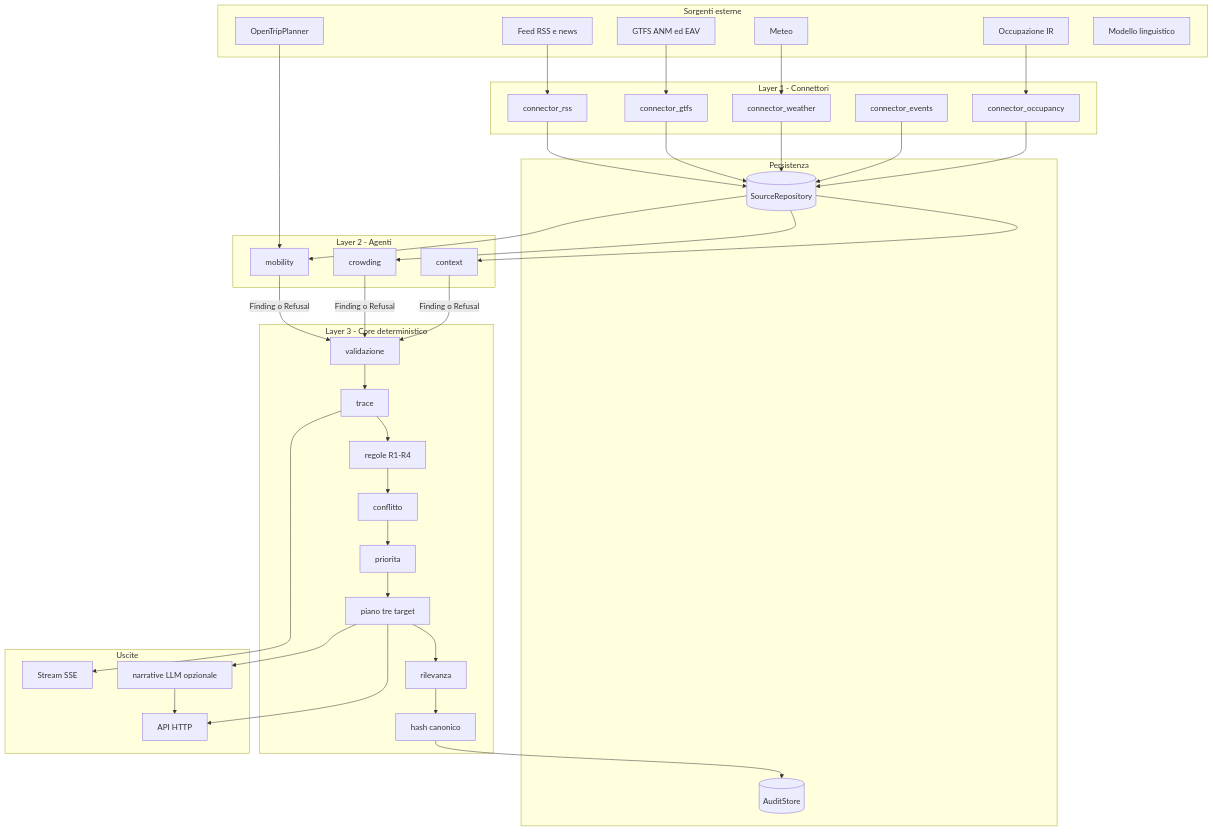
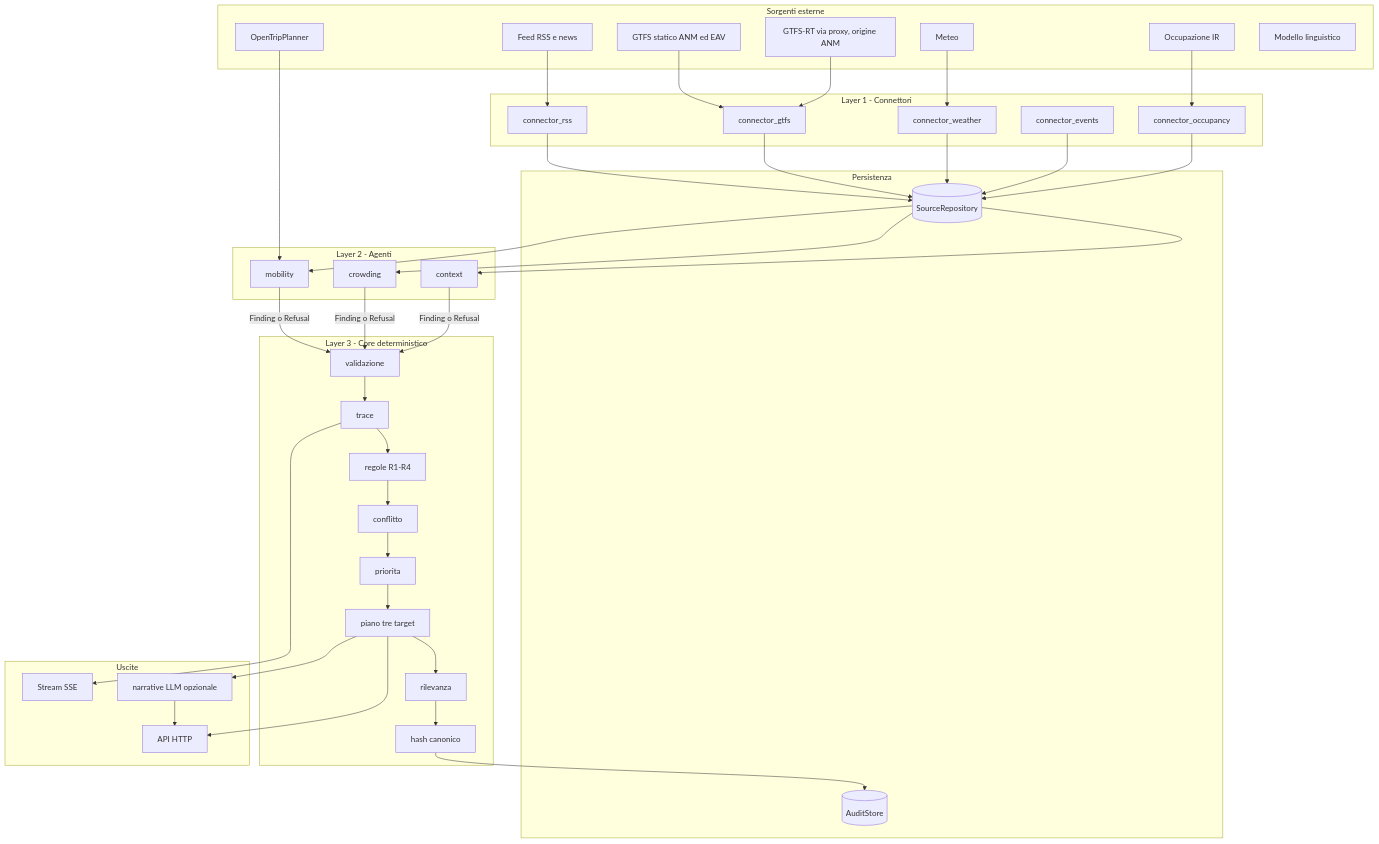
One commit to PaoloTed/AIoNapoli changed the first of 2 diagrams in backend/docs/ARCHITECTURE.md. Above: the diagram before and after it, drawn with Mermaid. The commit also changed other lines of this file and 10 other files, not shown here.

First line of the commit message:
docs: integrate ANM real-time feed via proxy into backend docs

````diff
--- a/backend/docs/ARCHITECTURE.md
+++ b/backend/docs/ARCHITECTURE.md
@@ -21,62 +21,64 @@
 ```mermaid
 flowchart TB
     subgraph EXT[Sorgenti esterne]
         RSS[Feed RSS e news]
-        GTFS[GTFS ANM ed EAV]
+        GTFS[GTFS statico ANM ed EAV]
+        RT[GTFS-RT via proxy, origine ANM]
         WX[Meteo]
         OCC[Occupazione IR]
         OTP[OpenTripPlanner]
         LLM[Modello linguistico]
     end
 
     subgraph ING[Layer 1 - Connettori]
         C1[connector_rss]
         C2[connector_gtfs]
         C3[connector_weather]
         C4[connector_events]
         C5[connector_occupancy]
     end
 
     subgraph STORE[Persistenza]
         REPO[(SourceRepository)]
         AUDIT[(AuditStore)]
     end
 
     subgraph AGT[Layer 2 - Agenti]
         A1[mobility]
         A2[crowding]
         A3[context]
     end
 
     subgraph CORE[Layer 3 - Core deterministico]
         VAL[validazione]
         TRC[trace]
         RUL[regole R1-R4]
         CNF[conflitto]
         PRI[priorita]
         PLN[piano tre target]
         REL[rilevanza]
         HSH[hash canonico]
     end
 
     subgraph OUT[Uscite]
         API[API HTTP]
         SSE[Stream SSE]
         NAR[narrative LLM opzionale]
     end
 
     RSS --> C1
     GTFS --> C2
+    RT --> C2
     WX --> C3
     OCC --> C5
     C1 & C2 & C3 & C4 & C5 --> REPO
     REPO --> A1 & A2 & A3
     OTP --> A1
     A1 & A2 & A3 -->|Finding o Refusal| VAL
     VAL --> TRC --> RUL --> CNF --> PRI --> PLN --> REL --> HSH
     HSH --> AUDIT
     PLN --> API
     TRC --> SSE
     PLN --> NAR
     NAR --> API
 ```
````
